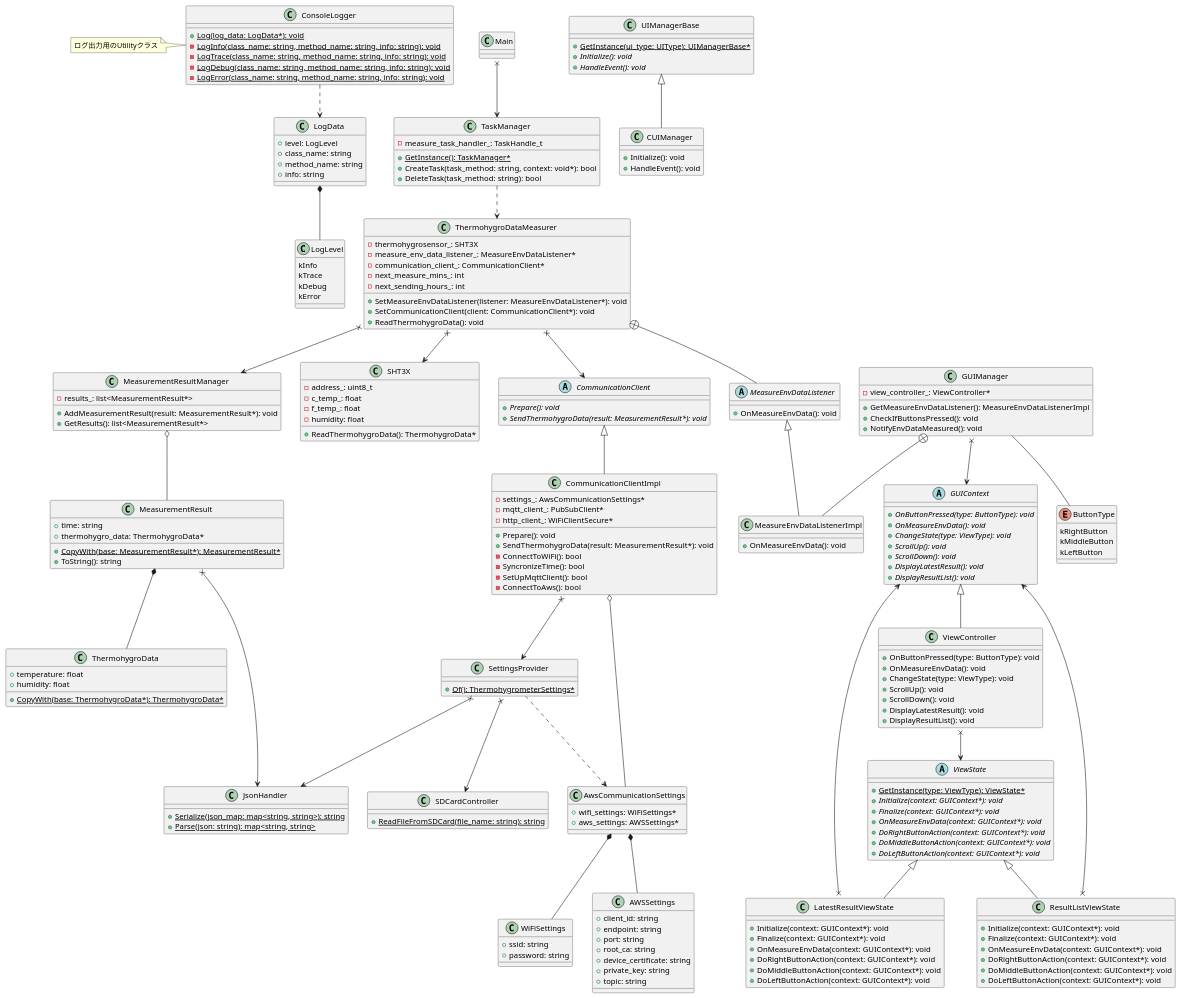
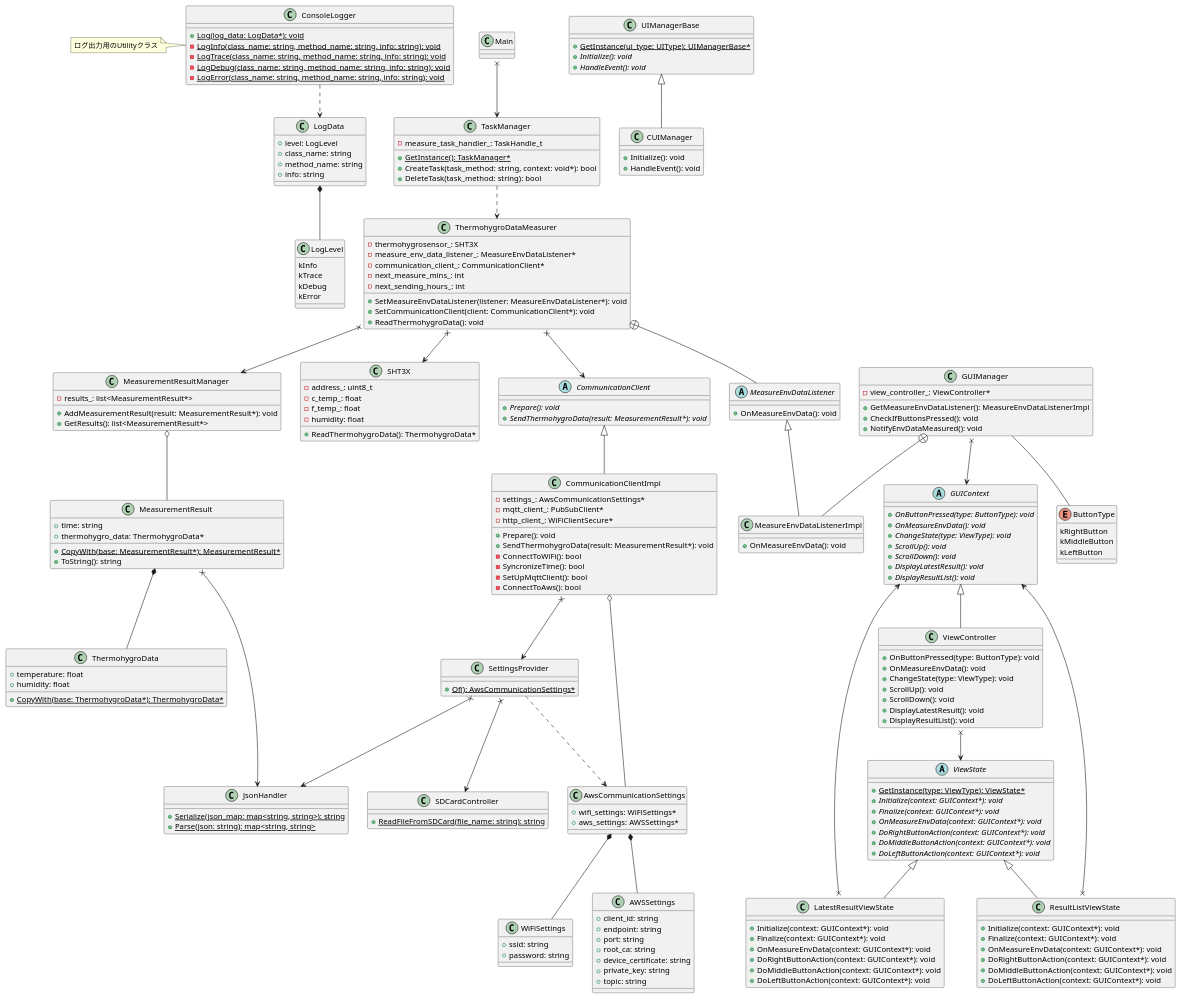
Before and after one commit to chukeblo/thermohygrometer: the diagram in DesignDocs/M5StackThermohygrometer/class_diagram.pu, drawn with PlantUML.

Commit message:
delete ThermohygrometerSettings class

```diff
--- a/DesignDocs/M5StackThermohygrometer/class_diagram.pu
+++ b/DesignDocs/M5StackThermohygrometer/class_diagram.pu
@@ -25,7 +25,7 @@
 CommunicationClientImpl x--> SettingsProvider
 
 class SettingsProvider {
-    + {static} Of(): ThermohygrometerSettings*
+    + {static} Of(): AwsCommunicationSettings*
 }
 
 SettingsProvider ..> AwsCommunicationSettings
```
